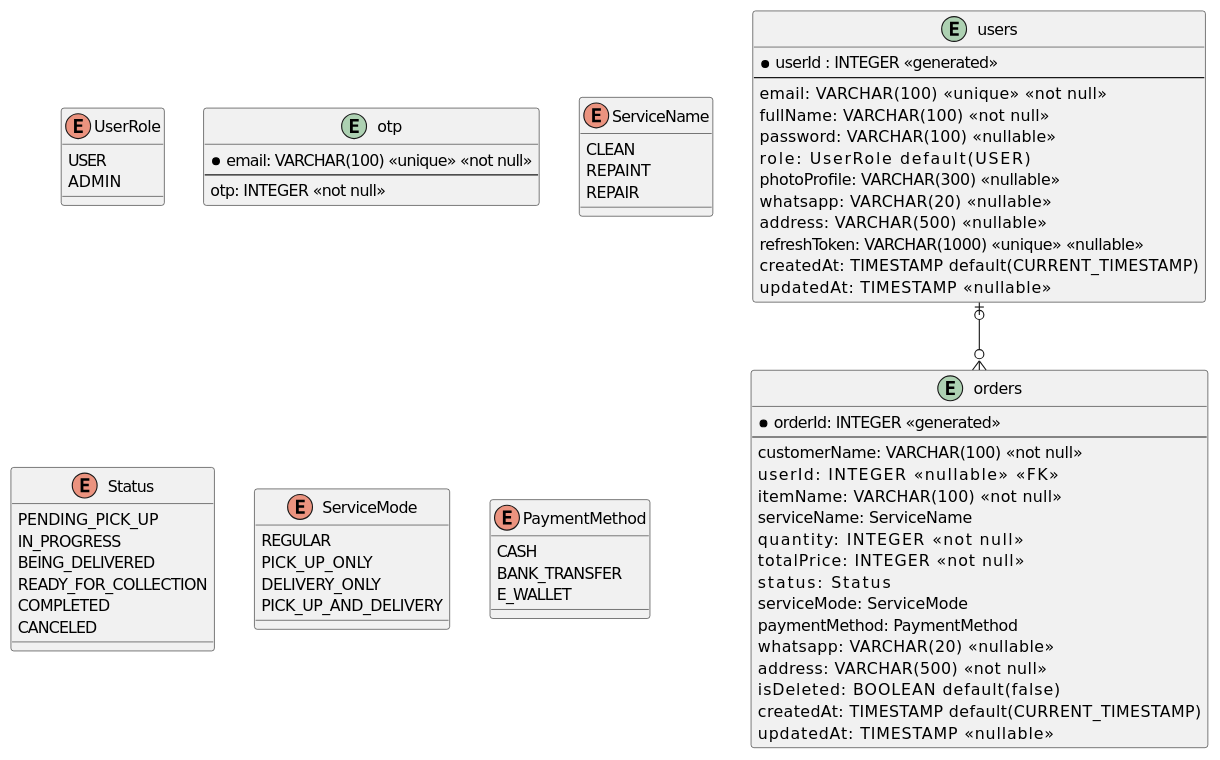
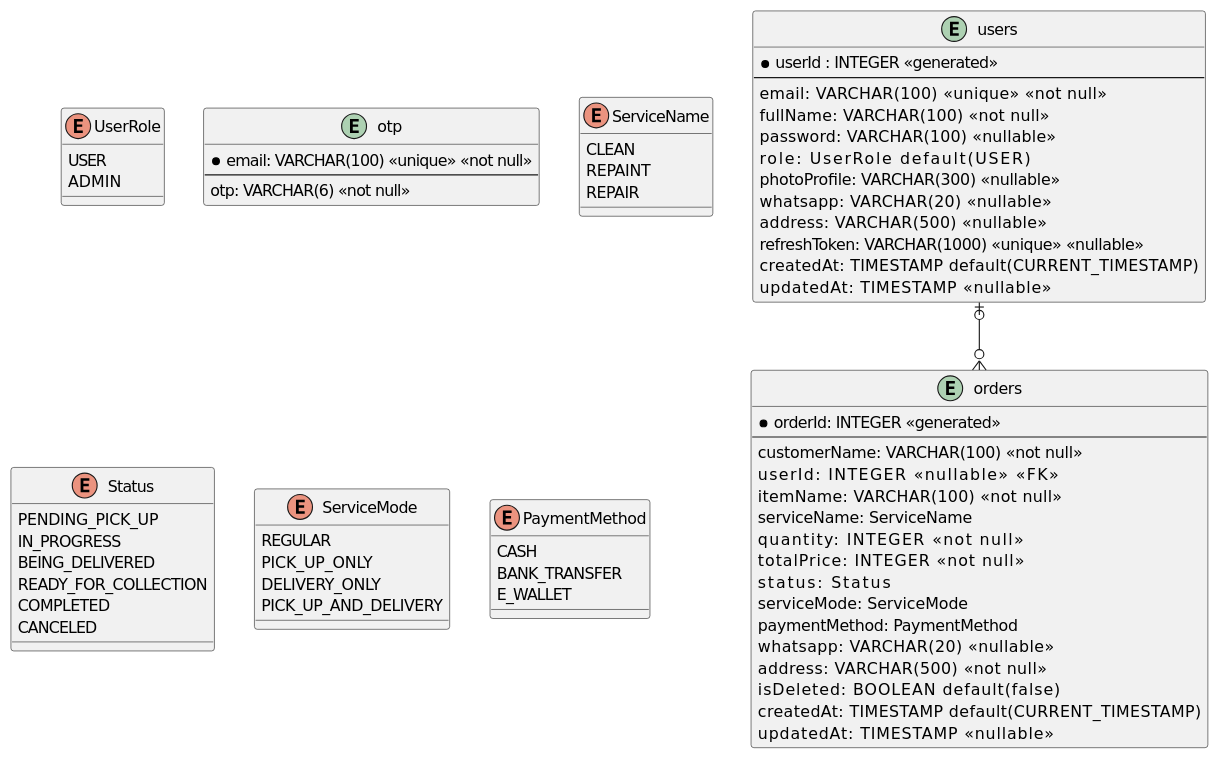
The diagram in docs/erd/erd.puml (dwprz/klin8-restful-api), drawn with PlantUML before and after one commit. The commit also changed 17 other files, not shown here.

Commit message:
refactor(otp): change the otp data type from integer to string

```diff
--- a/docs/erd/erd.puml
+++ b/docs/erd/erd.puml
@@ -1,80 +1,80 @@
 @startuml
 
 entity "users" as User {
     *userId : INTEGER <<generated>>
     --
     email:          VARCHAR(100)  <<unique>> <<not null>>
     fullName:       VARCHAR(100)  <<not null>>
     password:       VARCHAR(100)  <<nullable>>
     role:           UserRole      default(USER)
     photoProfile:   VARCHAR(300)  <<nullable>>
     whatsapp:       VARCHAR(20)   <<nullable>>
     address:        VARCHAR(500)  <<nullable>>
     refreshToken:   VARCHAR(1000) <<unique>> <<nullable>>
     createdAt:      TIMESTAMP     default(CURRENT_TIMESTAMP)
     updatedAt:      TIMESTAMP     <<nullable>>
 }
 
 enum UserRole {
     USER
     ADMIN
 }
 
 entity "otp" as Otp {
     *email: VARCHAR(100) <<unique>> <<not null>>
     --
-    otp: INTEGER <<not null>>
+    otp: VARCHAR(6) <<not null>>
 }
 
 
 entity "orders" as Order {
     *orderId: INTEGER <<generated>>
     --
     customerName:   VARCHAR(100)   <<not null>>
     userId:         INTEGER        <<nullable>> <<FK>>
     itemName:       VARCHAR(100)   <<not null>>
     serviceName:    ServiceName
     quantity:       INTEGER        <<not null>>
     totalPrice:     INTEGER        <<not null>>
     status:         Status
     serviceMode:    ServiceMode
     paymentMethod:  PaymentMethod
     whatsapp:       VARCHAR(20)    <<nullable>>
     address:        VARCHAR(500)   <<not null>>
     isDeleted:      BOOLEAN        default(false)
     createdAt:      TIMESTAMP      default(CURRENT_TIMESTAMP)
     updatedAt:      TIMESTAMP      <<nullable>>
 }
 
 enum ServiceName {
     CLEAN
     REPAINT
     REPAIR
 }
 
 enum Status {
     PENDING_PICK_UP
     IN_PROGRESS
     BEING_DELIVERED
     READY_FOR_COLLECTION
     COMPLETED
     CANCELED
 }
 
 enum ServiceMode {
     REGULAR
     PICK_UP_ONLY
     DELIVERY_ONLY
     PICK_UP_AND_DELIVERY
 }
 
 enum PaymentMethod {
     CASH
     BANK_TRANSFER
     E_WALLET
 }
 
 
 User |o--o{ Order
 
 @enduml
```
